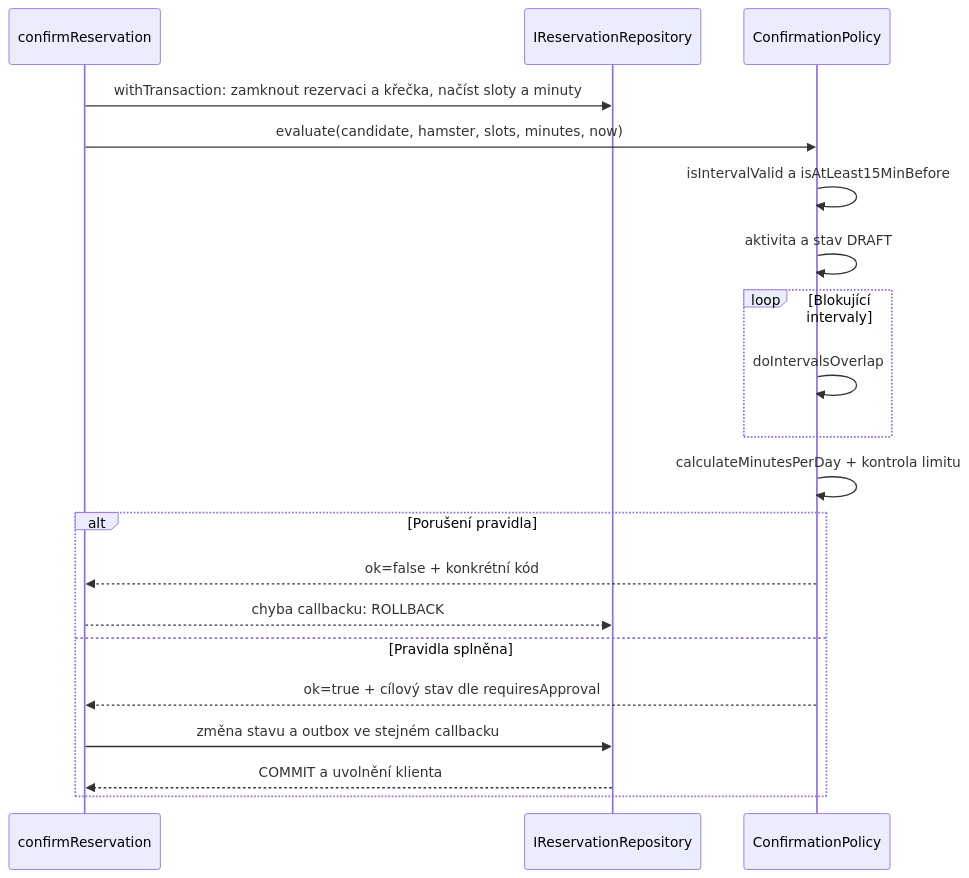
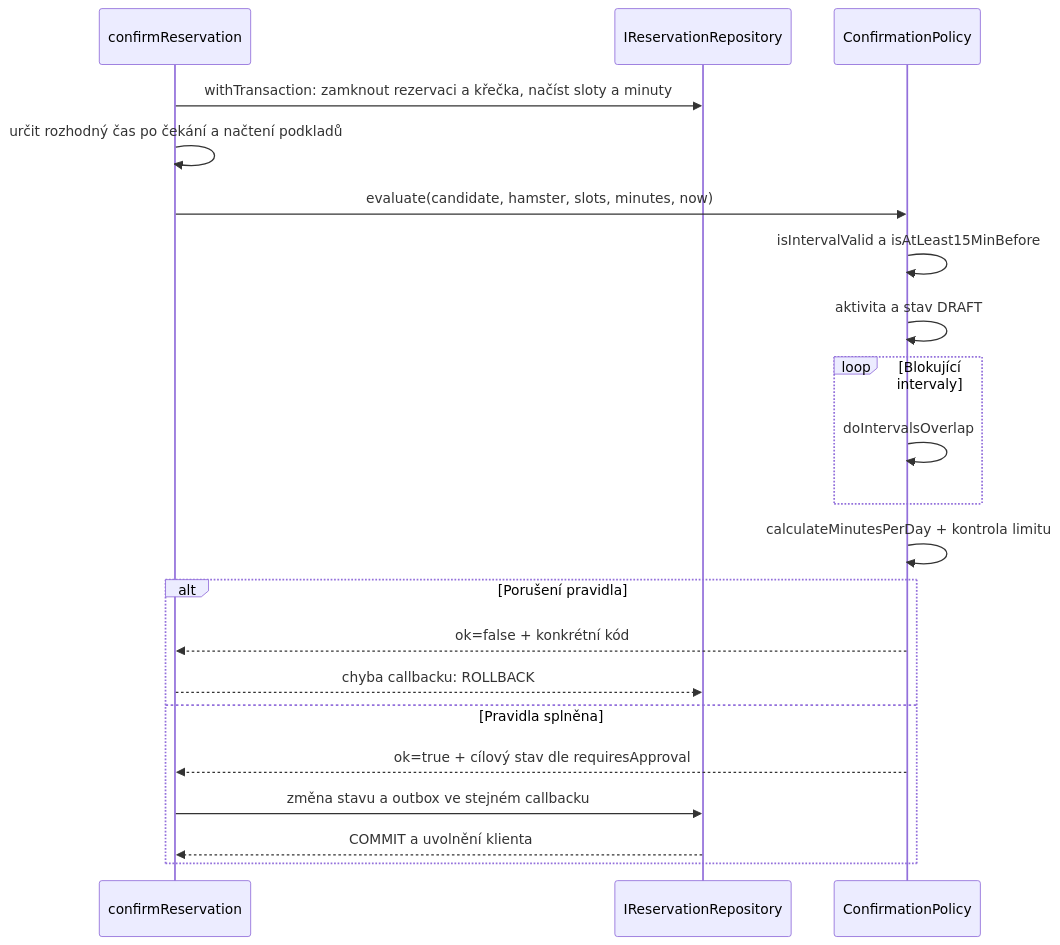
The eighth of 8 diagrams in docs/architecture-and-decisions.md (tomaskirnig/SWI_2027), drawn with Mermaid before and after one commit. The commit also changed other lines of this file and 7 other files, not shown here.

````diff
--- a/docs/architecture-and-decisions.md
+++ b/docs/architecture-and-decisions.md
@@ -855,22 +858,23 @@
 ```mermaid
 sequenceDiagram
     participant Svc as confirmReservation
     participant Repo as IReservationRepository
     participant Policy as ConfirmationPolicy
     Svc->>Repo: withTransaction: zamknout rezervaci a křečka, načíst sloty a minuty
+    Svc->>Svc: určit rozhodný čas po čekání a načtení podkladů
     Svc->>Policy: evaluate(candidate, hamster, slots, minutes, now)
     Policy->>Policy: isIntervalValid a isAtLeast15MinBefore
     Policy->>Policy: aktivita a stav DRAFT
     loop Blokující intervaly
         Policy->>Policy: doIntervalsOverlap
     end
     Policy->>Policy: calculateMinutesPerDay + kontrola limitu
     alt Porušení pravidla
         Policy-->>Svc: ok=false + konkrétní kód
         Svc-->>Repo: chyba callbacku: ROLLBACK
     else Pravidla splněna
         Policy-->>Svc: ok=true + cílový stav dle requiresApproval
         Svc->>Repo: změna stavu a outbox ve stejném callbacku
         Repo-->>Svc: COMMIT a uvolnění klienta
     end
 ```
````
